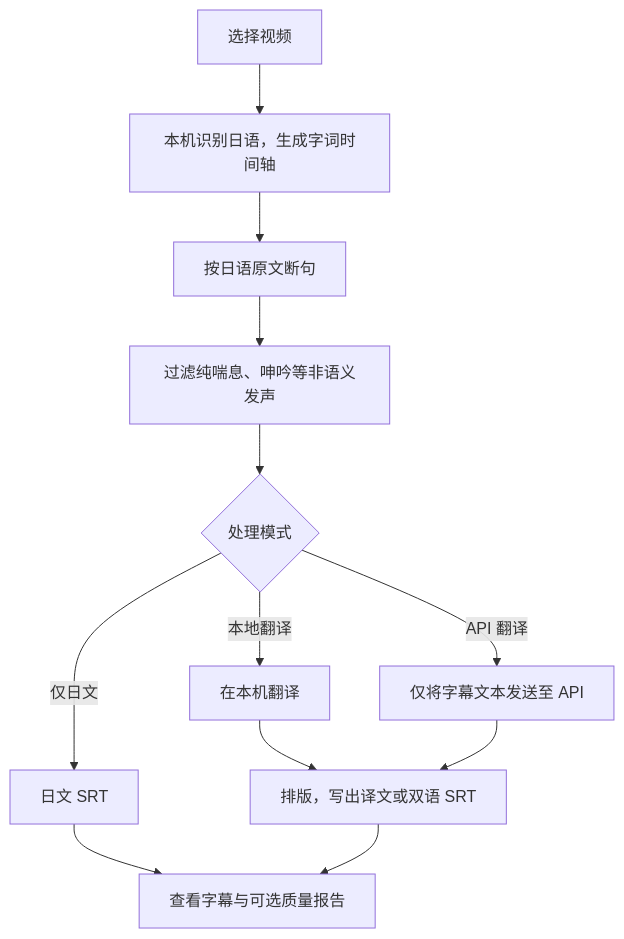
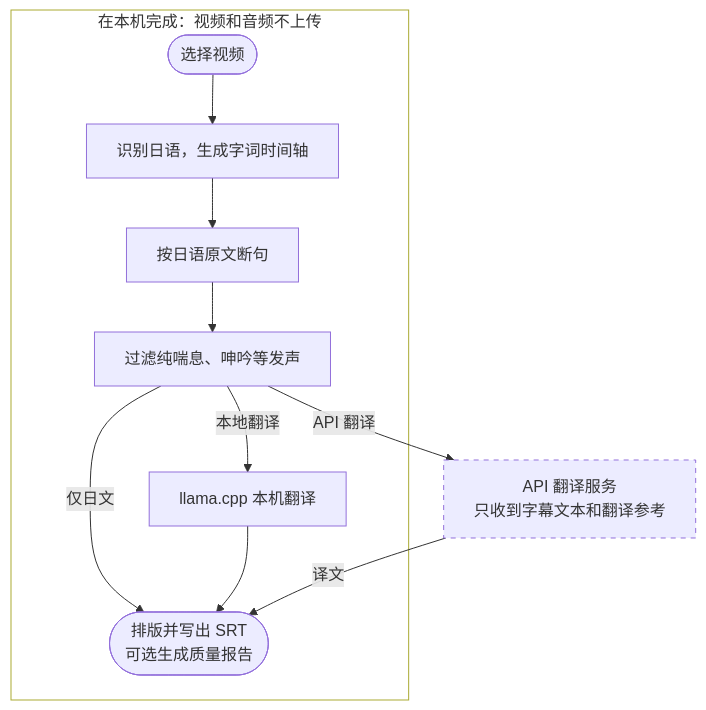
Before and after one commit to jaykwok/jav-trans: the diagram in README.md, drawn with Mermaid. The commit also changed other lines of this file and 5 other files, not shown here.

````diff
--- a/README.md
+++ b/README.md
@@ -112,14 +90,15 @@
 ```mermaid
 flowchart TD
-    A["选择视频"] --> B["本机识别日语，生成字词时间轴"]
-    B --> C["按日语原文断句"]
-    C --> D["过滤纯喘息、呻吟等非语义发声"]
-    D --> E{"处理模式"}
-    E -->|仅日文| F["日文 SRT"]
-    E -->|本地翻译| G["在本机翻译"]
-    E -->|API 翻译| H["仅将字幕文本发送至 API"]
-    G --> I["排版，写出译文或双语 SRT"]
-    H --> I
-    F --> J["查看字幕与可选质量报告"]
-    I --> J
+    subgraph local["在本机完成：视频和音频不上传"]
+        A(["选择视频"]) --> B["识别日语，生成字词时间轴"]
+        B --> C["按日语原文断句"]
+        C --> D["过滤纯喘息、呻吟等发声"]
+        D -->|本地翻译| G["llama.cpp 本机翻译"]
+        D -->|仅日文| W
+        G --> W(["排版并写出 SRT<br>可选生成质量报告"])
+    end
+    D -->|API 翻译| H["API 翻译服务<br>只收到字幕文本和翻译参考"]
+    H -->|译文| W
+    style local fill:none
+    style H stroke-dasharray: 5 5
 ```
````
